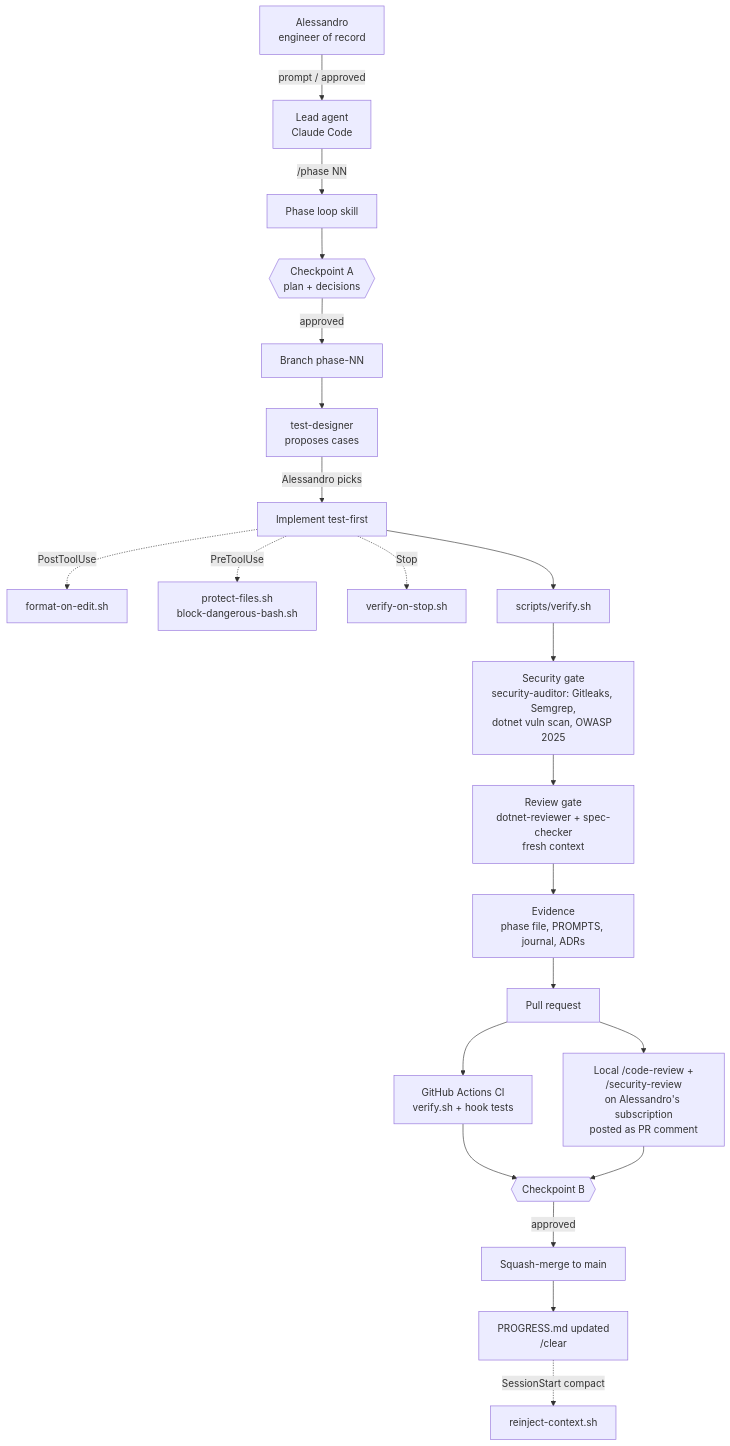
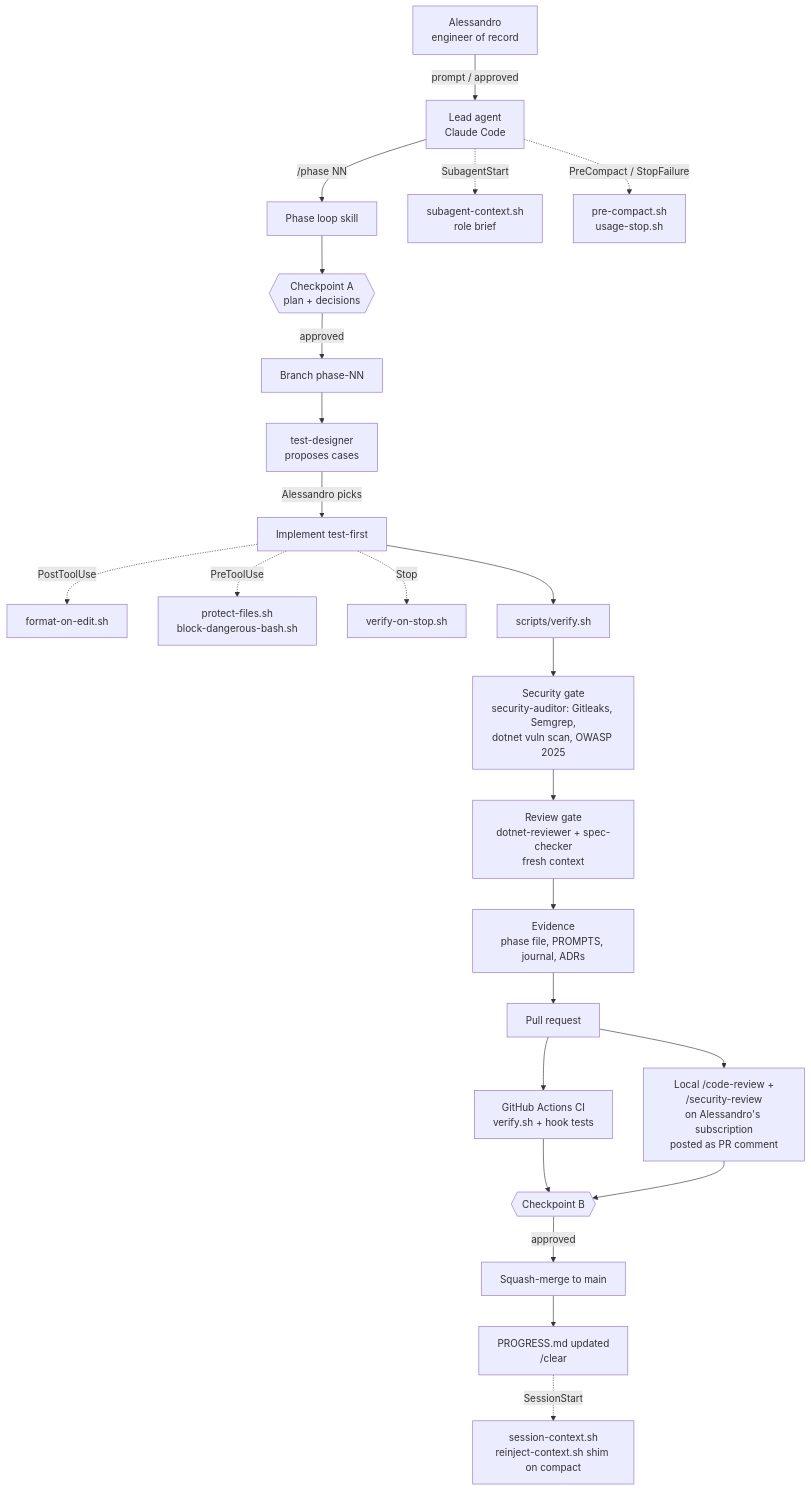
Before and after one commit to Alelentini2001/Mortgage-Application-API-test: the diagram in docs/ai/ORCHESTRATION.md, drawn with Mermaid. The commit also changed other lines of this file and 8 other files, not shown here.

First line of the commit message:
docs(harness): document context, handovers and usage states

````diff
--- a/docs/ai/ORCHESTRATION.md
+++ b/docs/ai/ORCHESTRATION.md
@@ -5,24 +5,26 @@
 ```mermaid
 flowchart TD
     A[Alessandro<br/>engineer of record] -->|prompt / approved| L[Lead agent<br/>Claude Code]
     L -->|/phase NN| P[Phase loop skill]
     P --> CA{{Checkpoint A<br/>plan + decisions}}
     CA -->|approved| B[Branch phase-NN]
     B --> TD[test-designer<br/>proposes cases]
     TD -->|Alessandro picks| I[Implement test-first]
     I -. PostToolUse .-> H1[format-on-edit.sh]
     I -. PreToolUse .-> H2[protect-files.sh<br/>block-dangerous-bash.sh]
     I -. Stop .-> H3[verify-on-stop.sh]
     I --> V[scripts/verify.sh]
     V --> SG[Security gate<br/>security-auditor: Gitleaks, Semgrep,<br/>dotnet vuln scan, OWASP 2025]
     SG --> RG[Review gate<br/>dotnet-reviewer + spec-checker<br/>fresh context]
     RG --> E[Evidence<br/>phase file, PROMPTS, journal, ADRs]
     E --> PR[Pull request]
     PR --> CI[GitHub Actions CI<br/>verify.sh + hook tests]
     PR --> AIR[Local /code-review +<br/>/security-review<br/>on Alessandro's subscription<br/>posted as PR comment]
     CI --> CB{{Checkpoint B}}
     AIR --> CB
     CB -->|approved| M[Squash-merge to main]
     M --> PG[PROGRESS.md updated<br/>/clear]
-    PG -. SessionStart compact .-> H4[reinject-context.sh]
+    PG -. SessionStart .-> H4[session-context.sh<br/>reinject-context.sh shim on compact]
+    L -. SubagentStart .-> H5[subagent-context.sh<br/>role brief]
+    L -. PreCompact / StopFailure .-> H6[pre-compact.sh<br/>usage-stop.sh]
 ```
````
